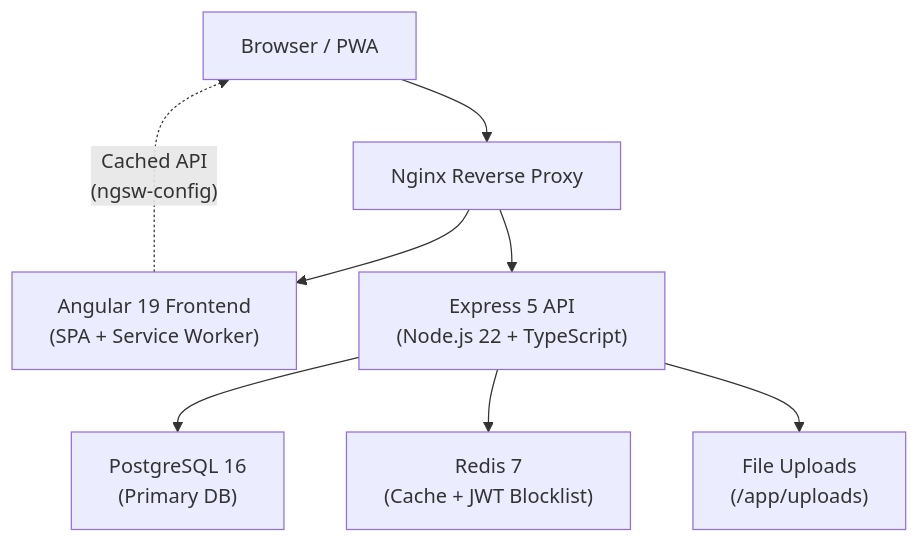
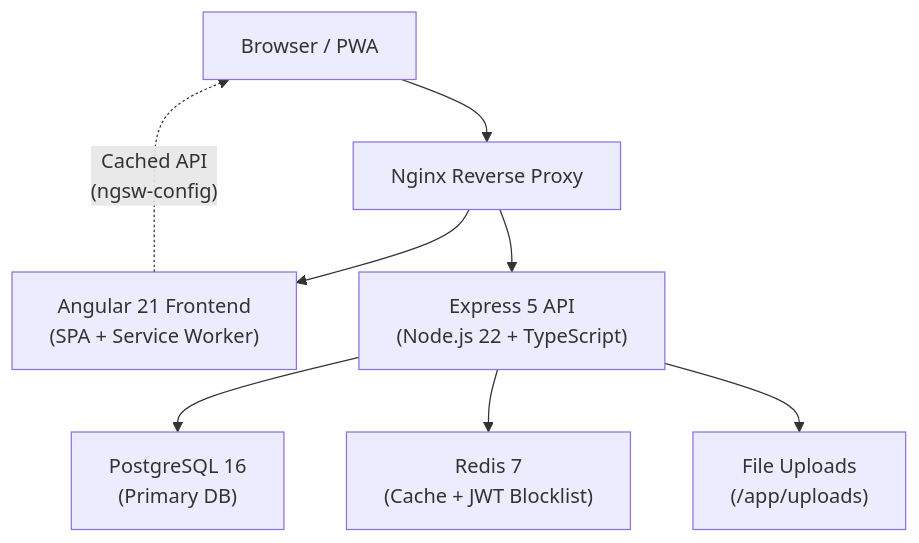
One commit to anujithrb/family-directory changed the diagram in README.md. Above: the diagram before and after it, drawn with Mermaid. The commit also changed other lines of this file, not shown here.

Commit message:
Update README to reflect latest changes: Angular 21, CSRF, rate limiting, Files API, LOG_DIR

````diff
--- a/README.md
+++ b/README.md
@@ -7,18 +7,18 @@
 ```mermaid
 graph TB
     Browser["Browser / PWA"]
     Nginx["Nginx Reverse Proxy"]
-    Angular["Angular 19 Frontend\n(SPA + Service Worker)"]
+    Angular["Angular 21 Frontend\n(SPA + Service Worker)"]
     Express["Express 5 API\n(Node.js 22 + TypeScript)"]
     PostgreSQL["PostgreSQL 16\n(Primary DB)"]
     Redis["Redis 7\n(Cache + JWT Blocklist)"]
     Uploads["File Uploads\n(/app/uploads)"]
 
     Browser --> Nginx
     Nginx --> Angular
     Nginx --> Express
     Express --> PostgreSQL
     Express --> Redis
     Express --> Uploads
     Angular -.->|"Cached API\n(ngsw-config)"| Browser
 ```
````
